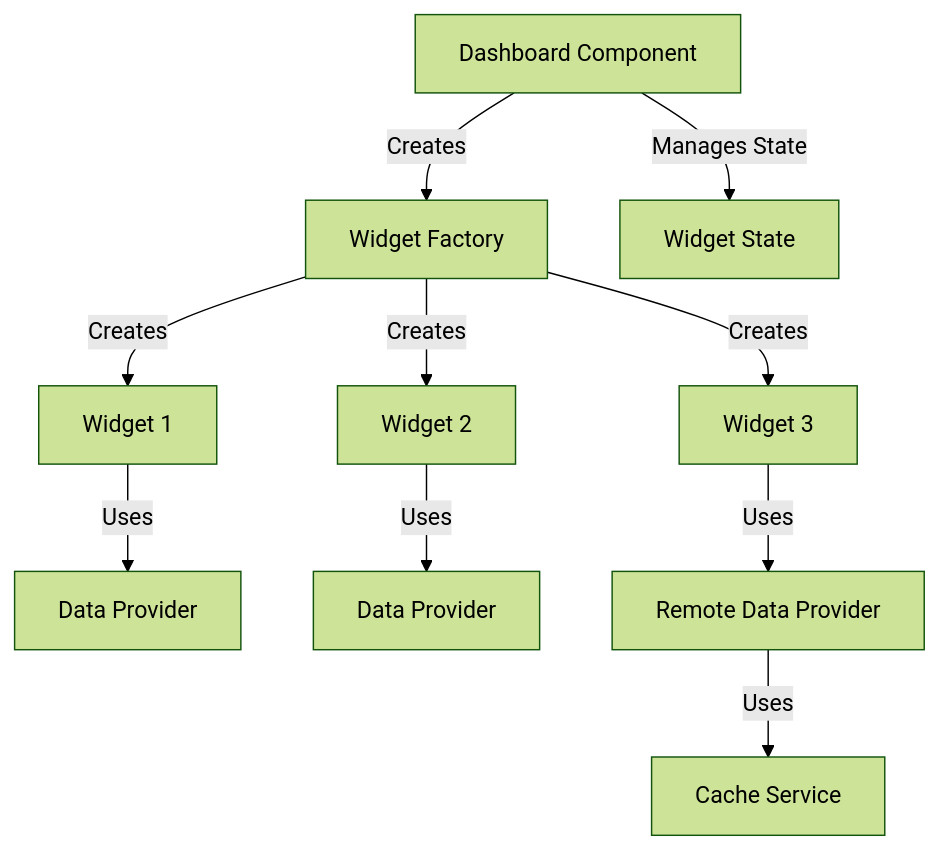
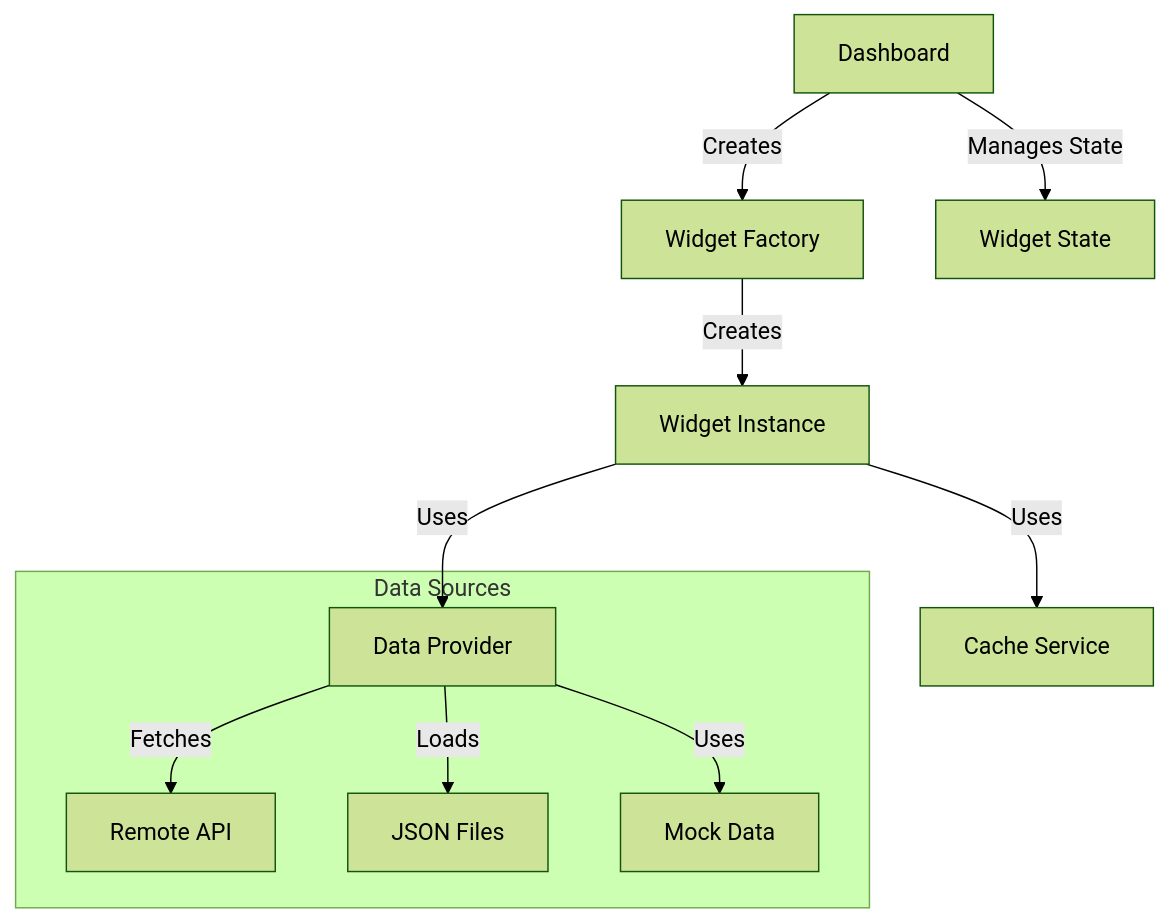
One commit to schlessera/dashboard-abstraction-poc changed the first of 2 diagrams in README.md. Above: the diagram before and after it, drawn with Mermaid (forest theme). The commit also changed other lines of this file, not shown here.

````diff
--- a/README.md
+++ b/README.md
@@ -9,12 +9,14 @@
 ```mermaid
 graph TD
-    Dashboard[Dashboard Component] --> |Creates| WF[Widget Factory]
+    Dashboard[Dashboard] --> |Creates| WF[Widget Factory]
     Dashboard --> |Manages State| WS[Widget State]
-    WF --> |Creates| W1[Widget 1]
-    WF --> |Creates| W2[Widget 2]
-    WF --> |Creates| W3[Widget 3]
-    W1 --> |Uses| DP1[Data Provider]
-    W2 --> |Uses| DP2[Data Provider]
-    W3 --> |Uses| RDP[Remote Data Provider]
-    RDP --> |Uses| Cache[Cache Service]
+    WF --> |Creates| W1[Widget Instance]
+    W1 --> |Uses| DP[Data Provider]
+    W1 --> |Uses| CS[Cache Service]
+    
+    subgraph Data Sources
+        DP --> |Fetches| API[Remote API]
+        DP --> |Loads| Files[JSON Files]
+        DP --> |Uses| Mock[Mock Data]
+    end
 ```
````
